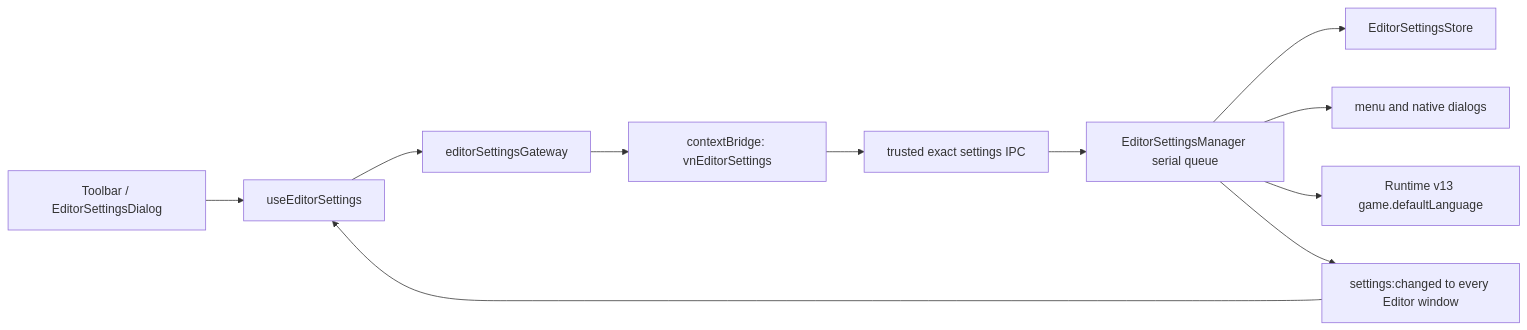
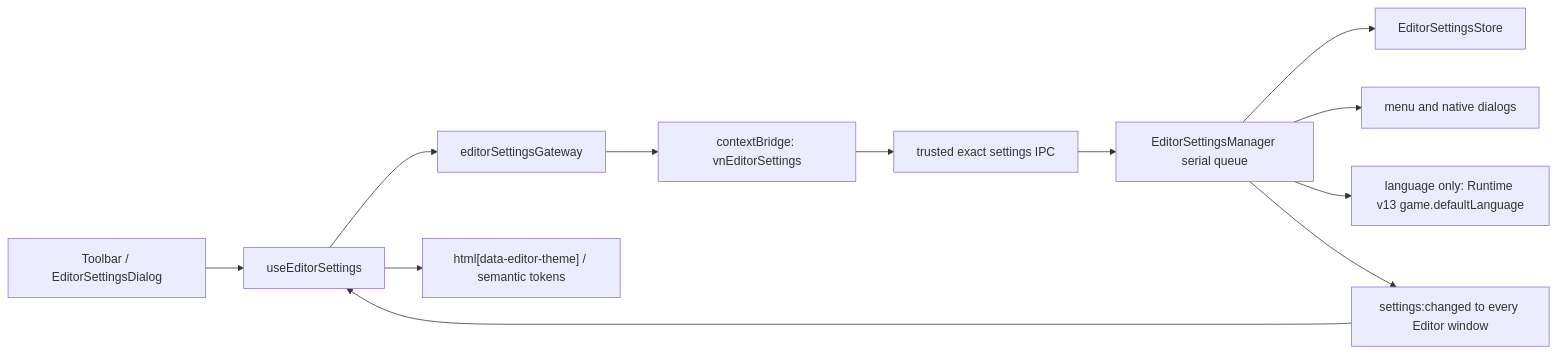
Before and after one commit to DarkboyRyan/Scratch-Novel-Engine: the diagram in docs/editor-localization-implementation.md, drawn with Mermaid. The commit also changed other lines of this file and 49 other files, not shown here.

Commit message:
update graph scene movement

````diff
--- a/docs/editor-localization-implementation.md
+++ b/docs/editor-localization-implementation.md
@@ -65,13 +77,14 @@
 ```mermaid
 flowchart LR
   DIALOG["Toolbar / EditorSettingsDialog"] --> HOOK["useEditorSettings"]
   HOOK --> GATEWAY["editorSettingsGateway"]
   GATEWAY --> PRELOAD["contextBridge: vnEditorSettings"]
   PRELOAD --> IPC["trusted exact settings IPC"]
   IPC --> MANAGER["EditorSettingsManager serial queue"]
   MANAGER --> STORE["EditorSettingsStore"]
   MANAGER --> NATIVE["menu and native dialogs"]
-  MANAGER --> EXPORT["Runtime v13 game.defaultLanguage"]
+  MANAGER --> EXPORT["language only: Runtime v13 game.defaultLanguage"]
   MANAGER --> BROADCAST["settings:changed to every Editor window"]
   BROADCAST --> HOOK
+  HOOK --> THEME["html[data-editor-theme] / semantic tokens"]
 ```
````
